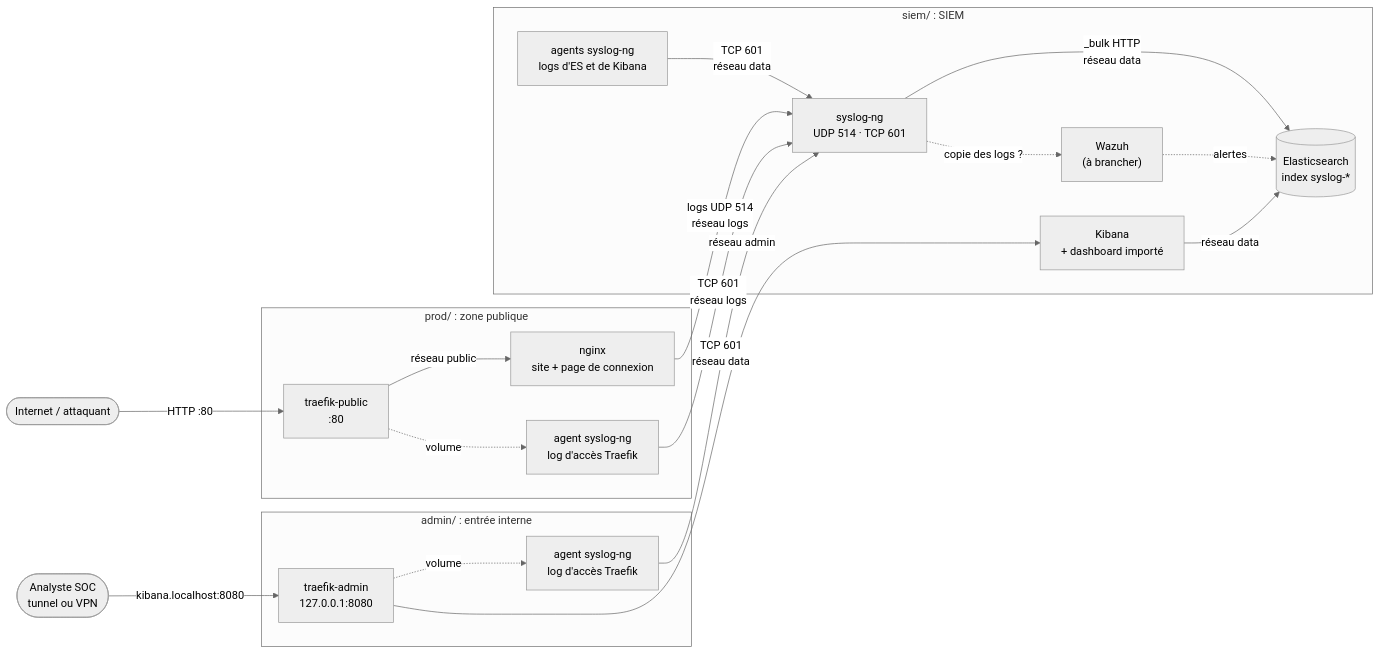
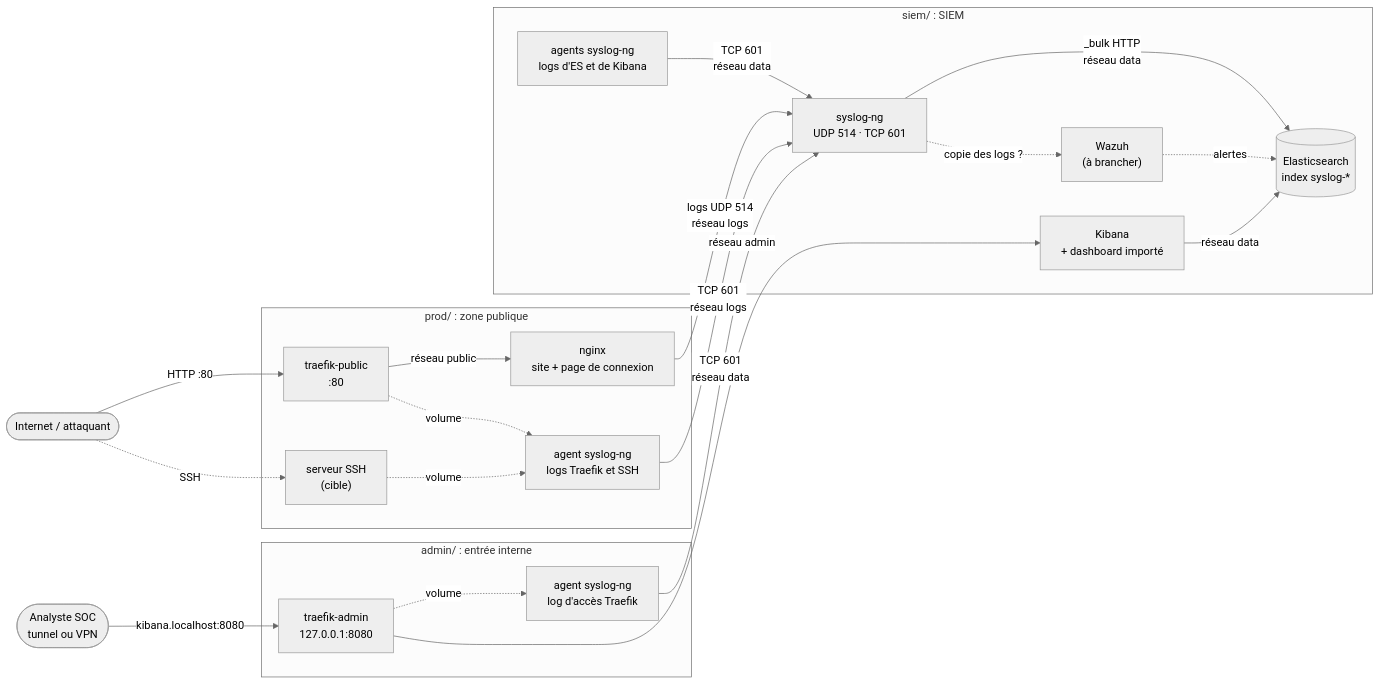
One commit to SiafroD/8inf857projet1 changed the diagram in architecture.mmd. Above: the diagram before and after it, drawn with Mermaid (neutral theme). The commit also changed 5 other files, not shown here.

First line of the commit message:
feat(prod): SSH server as a brute-force target, auth log to syslog-ng

```diff
--- a/architecture.mmd
+++ b/architecture.mmd
@@ -1,38 +1,41 @@
 flowchart LR
     Attaquant([Internet / attaquant])
     Analyste([Analyste SOC<br/>tunnel ou VPN])
 
     subgraph prod["prod/ : zone publique"]
         TP["traefik-public<br/>:80"]
         NG["nginx<br/>site + page de connexion"]
-        APub["agent syslog-ng<br/>log d'accès Traefik"]
+        SSH["serveur SSH<br/>(cible)"]
+        APub["agent syslog-ng<br/>logs Traefik et SSH"]
     end
 
     subgraph admin["admin/ : entrée interne"]
         TA["traefik-admin<br/>127.0.0.1:8080"]
         AAdm["agent syslog-ng<br/>log d'accès Traefik"]
     end
 
     subgraph siem["siem/ : SIEM"]
         SL["syslog-ng<br/>UDP 514 · TCP 601"]
         ES[("Elasticsearch<br/>index syslog-*")]
         KB["Kibana<br/>+ dashboard importé"]
         AG["agents syslog-ng<br/>logs d'ES et de Kibana"]
         WZ["Wazuh<br/>(à brancher)"]
     end
 
     %% Chaque flèche nomme le réseau qu'elle emprunte ; aucun autre chemin entre zones.
     Attaquant -->|"HTTP :80"| TP
+    Attaquant -.->|"SSH"| SSH
     TP -->|"réseau public"| NG
     NG -->|"logs UDP 514<br/>réseau logs"| SL
     AG -->|"TCP 601<br/>réseau data"| SL
     TP -.->|"volume"| APub
+    SSH -.->|"volume"| APub
     APub -->|"TCP 601<br/>réseau logs"| SL
     TA -.->|"volume"| AAdm
     AAdm -->|"TCP 601<br/>réseau data"| SL
     SL -->|"_bulk HTTP<br/>réseau data"| ES
     KB -->|"réseau data"| ES
     Analyste -->|"kibana.localhost:8080"| TA
     TA -->|"réseau admin"| KB
     SL -.->|"copie des logs ?"| WZ
     WZ -.->|"alertes"| ES
```
